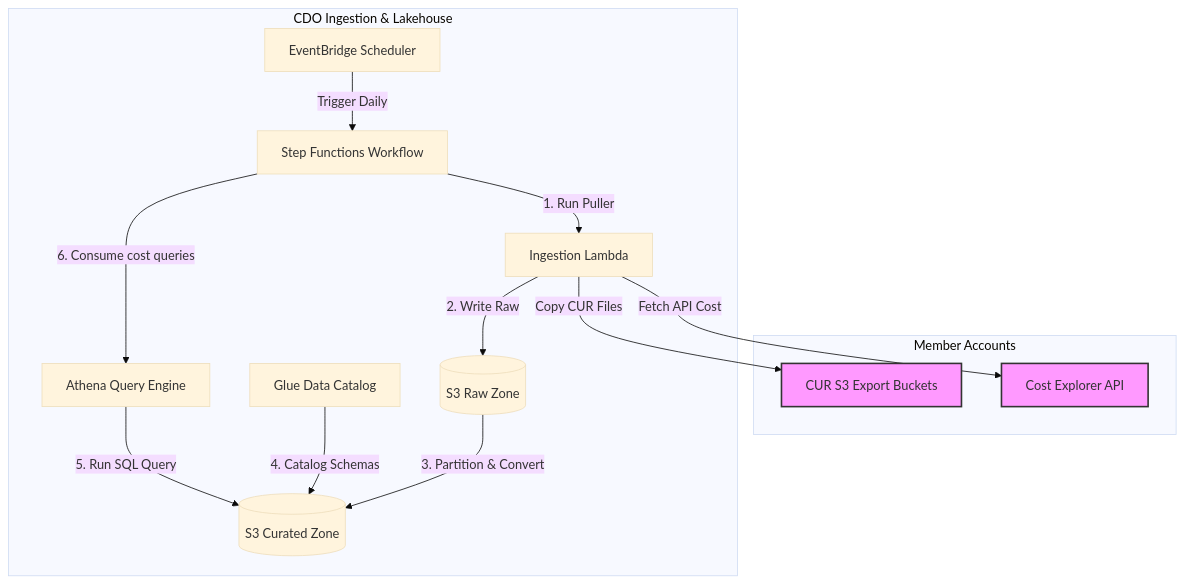
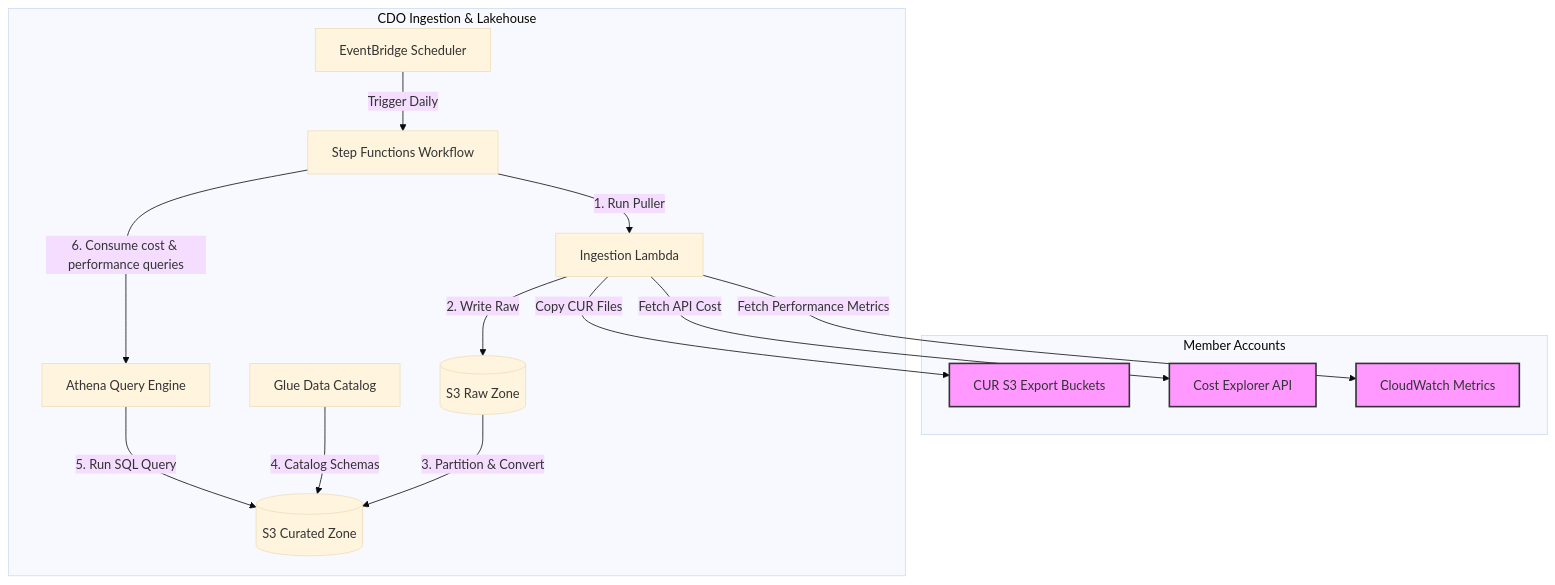
Before and after one commit to hungxqt/tf2-finops-docs: the third of 6 diagrams in docs/tf2-finops/02_infra_design.md, drawn with Mermaid (base theme). The commit also changed other lines of this file and 23 other files, not shown here.

````diff
--- a/docs/tf2-finops/02_infra_design.md
+++ b/docs/tf2-finops/02_infra_design.md
@@ -149,24 +145,26 @@
 ```mermaid
 graph TB
     subgraph "Member Accounts"
         CUR[CUR S3 Export Buckets]
         CE[Cost Explorer API]
+        CW[CloudWatch Metrics]
     end
 
     subgraph "CDO Ingestion & Lakehouse"
         Scheduler[EventBridge Scheduler] -->|Trigger Daily| SF[Step Functions Workflow]
         SF -->|1. Run Puller| Puller[Ingestion Lambda]
         Puller -->|Fetch API Cost| CE
         Puller -->|Copy CUR Files| CUR
+        Puller -->|Fetch Performance Metrics| CW
         Puller -->|2. Write Raw| RawS3[(S3 Raw Zone)]
         
         RawS3 -->|3. Partition & Convert| CuratedS3[(S3 Curated Zone)]
         Catalog[Glue Data Catalog] -->|4. Catalog Schemas| CuratedS3
         Athena[Athena Query Engine] -->|5. Run SQL Query| CuratedS3
         
-        SF -->|6. Consume cost queries| Athena
+        SF -->|6. Consume cost & performance queries| Athena
     end
     
     classDef external fill:#f9f,stroke:#333,stroke-width:2px;
-    class CUR,CE external;
+    class CUR,CE,CW external;
 ```
````
